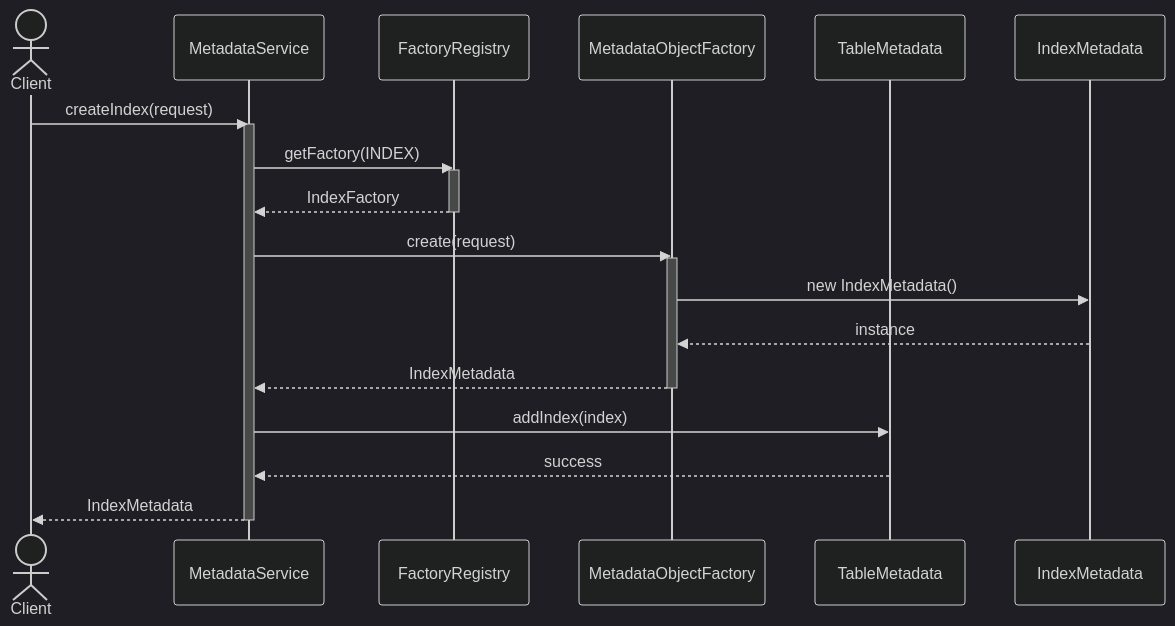
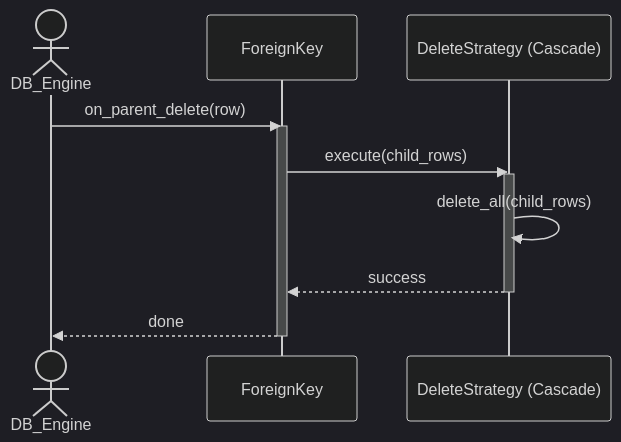
Before and after one commit to TamBui1706/DBMS: the sixth of 16 diagrams in DPSuggest.md, drawn with Mermaid (dark theme). The commit also changed other lines of this file, not shown here.

````diff
--- a/DPSuggest.md
+++ b/DPSuggest.md
@@ -154,30 +230,18 @@
 ```mermaid
 sequenceDiagram
-    actor Client
-    participant Service as MetadataService
-    participant Registry as FactoryRegistry
-    participant Factory as MetadataObjectFactory
-    participant TableMeta as TableMetadata
-    participant IndexMeta as IndexMetadata
-
-    Client->>Service: createIndex(request)
-    activate Service
+    actor DB_Engine
+    participant FK as ForeignKey
+    participant Strat as DeleteStrategy (Cascade)
     
-    Service->>Registry: getFactory(INDEX)
-    activate Registry
-    Registry-->>Service: IndexFactory
-    deactivate Registry
+    DB_Engine->>FK: on_parent_delete(row)
+    activate FK
     
-    Service->>Factory: create(request)
-    activate Factory
-    Factory->>IndexMeta: new IndexMetadata()
-    IndexMeta-->>Factory: instance
-    Factory-->>Service: IndexMetadata
-    deactivate Factory
+    FK->>Strat: execute(child_rows)
+    activate Strat
+    Strat->>Strat: delete_all(child_rows)
+    Strat-->>FK: success
+    deactivate Strat
     
-    Service->>TableMeta: addIndex(index)
-    TableMeta-->>Service: success
-    
-    Service-->>Client: IndexMetadata
-    deactivate Service
+    FK-->>DB_Engine: done
+    deactivate FK
 ```
````
